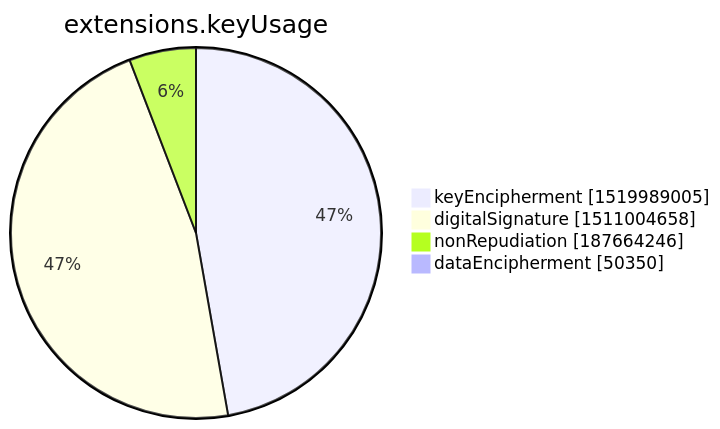
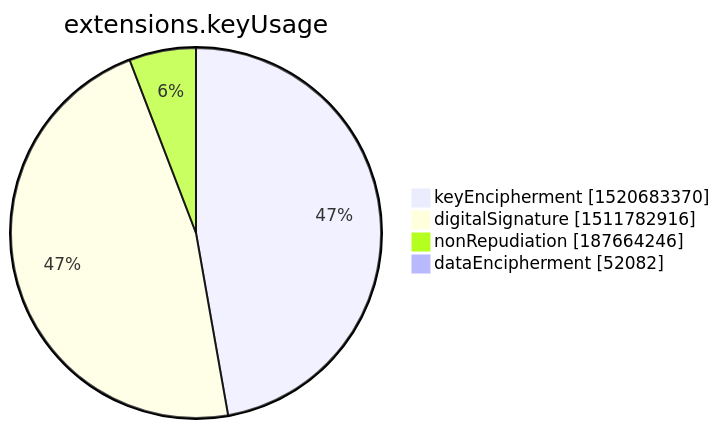
The seventh of 15 diagrams in xenon2022/README.md (christiankrug/ctmonitor_visualization), drawn with Mermaid before and after one commit. The commit also changed other lines of this file, not shown here.

````diff
--- a/xenon2022/README.md
+++ b/xenon2022/README.md
@@ -2846,8 +2846,8 @@
 ```mermaid
 pie showData
 title extensions.keyUsage
-"keyEncipherment" :1519989005
-"digitalSignature" :1511004658
+"keyEncipherment" :1520683370
+"digitalSignature" :1511782916
 "nonRepudiation" :187664246
-"dataEncipherment" :50350
+"dataEncipherment" :52082
 ```
````
